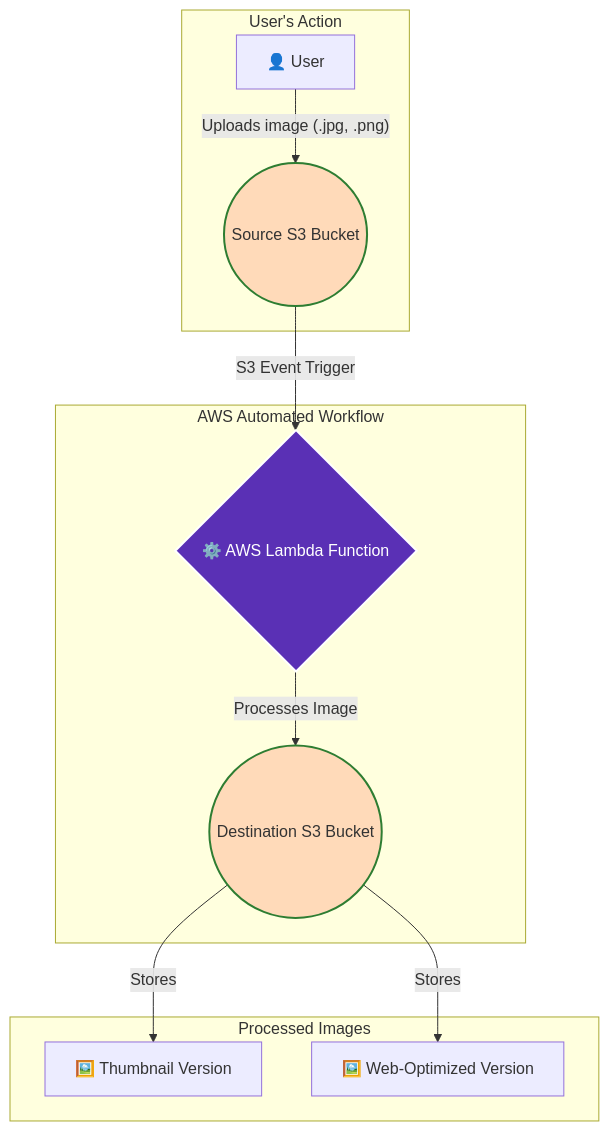
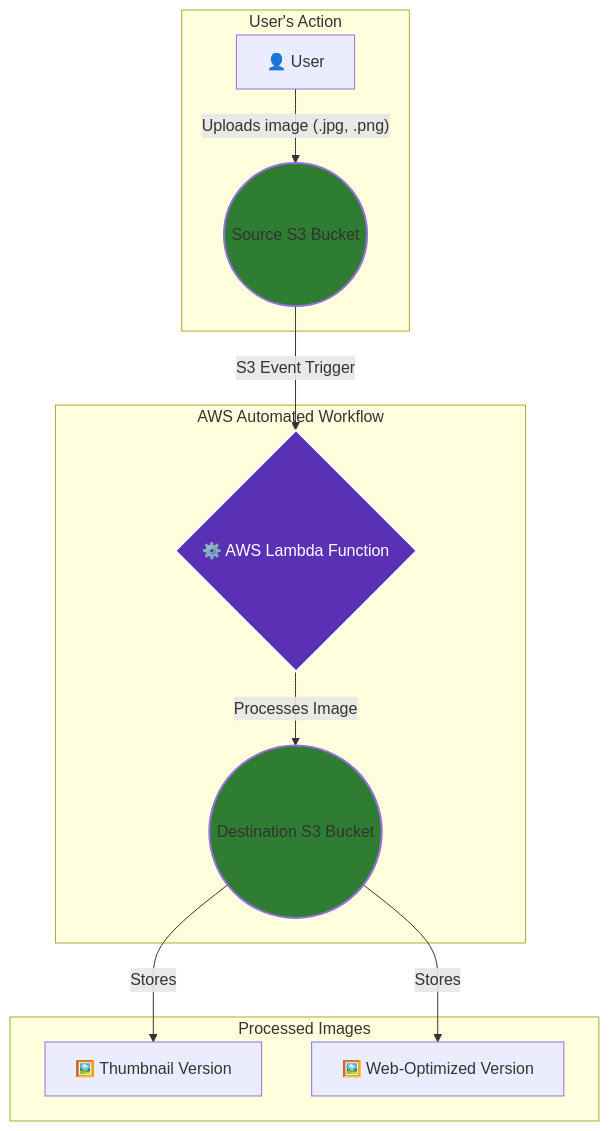
The diagram in README.md (yashuhs/aws-image-processing-pipeline), drawn with Mermaid before and after one commit.

````diff
--- a/README.md
+++ b/README.md
@@ -9,20 +9,20 @@
 ```mermaid
 graph TD;
     subgraph "User's Action"
         A[👤 User] -- Uploads image (.jpg, .png) --> B((Source S3 Bucket));
     end
 
     subgraph "AWS Automated Workflow"
         B -- S3 Event Trigger --> C{⚙️ AWS Lambda Function};
         C -- Processes Image --> D((Destination S3 Bucket));
     end
 
     subgraph "Processed Images"
         D -- Stores --> E[🖼️ Thumbnail Version];
         D -- Stores --> F[🖼️ Web-Optimized Version];
     end
 
-    style B fill:#FFDAB9,stroke:#2E7D32,stroke-width:2px
-    style D fill:#FFDAB9,stroke:#2E7D32,stroke-width:2px
+    style B fill:#2E7D32,stroke:#FFFFF,stroke-width:2px
+    style D fill:#2E7D32,stroke:#FFFFF,stroke-width:2px
     style C fill:#5A30B5,stroke:#FFFFFF,stroke-width:2px,color:#FFFFFF
 ```
````
